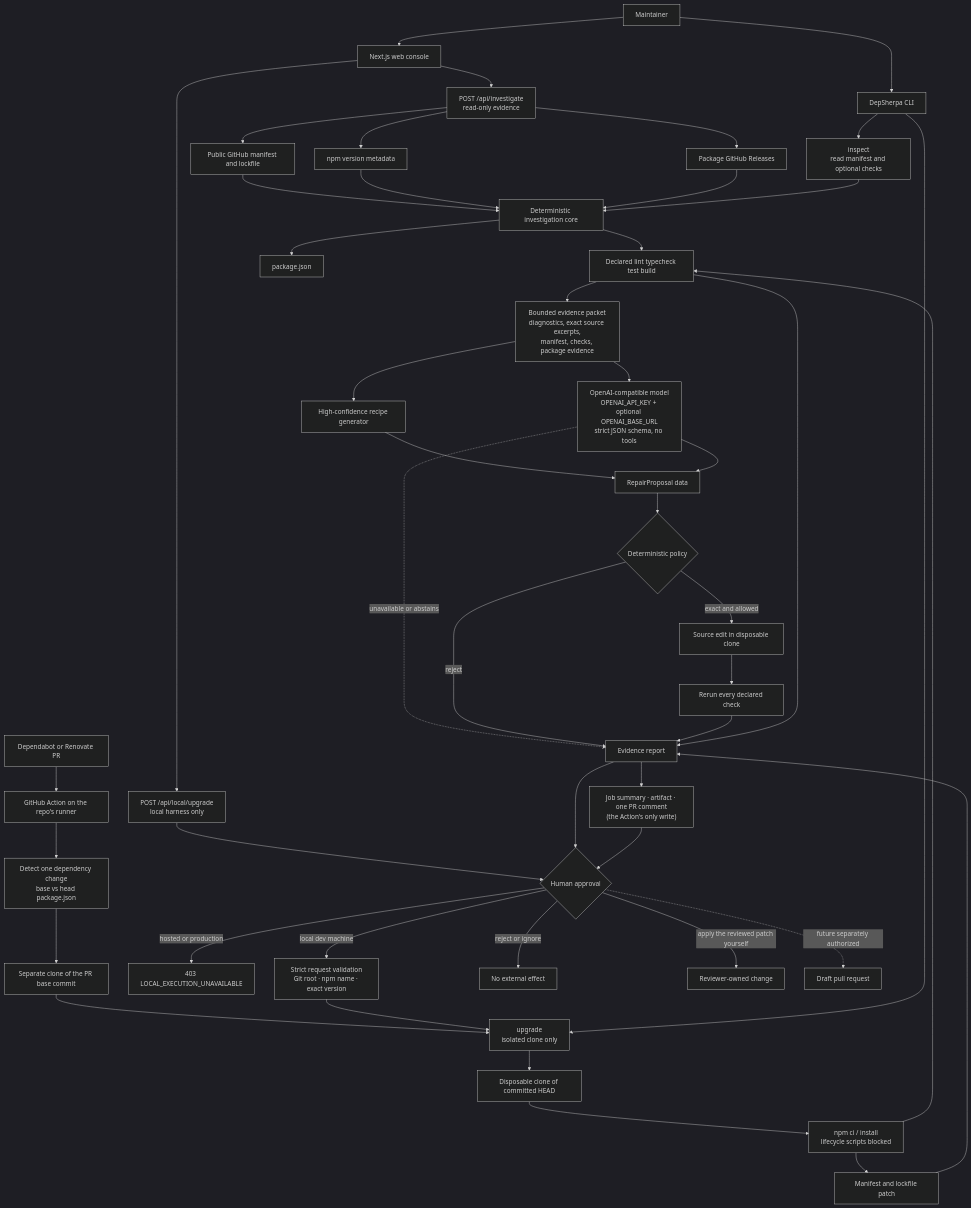
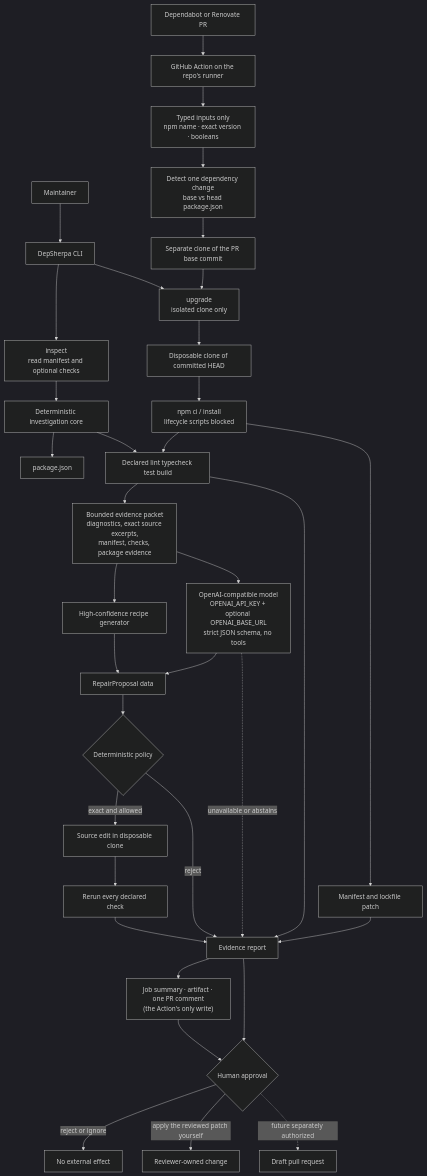
The diagram in docs/ARCHITECTURE.md (cfngc4594/dep-sherpa), drawn with Mermaid (dark theme) before and after one commit. The commit also changed other lines of this file and 58 other files, not shown here.

First line of the commit message:
refactor: keep only the GitHub Action and CLI

````diff
--- a/docs/ARCHITECTURE.md
+++ b/docs/ARCHITECTURE.md
@@ -15,54 +15,40 @@
 ```mermaid
 flowchart TB
-    U[Maintainer] --> UI[Next.js web console]
-    U --> CLI[DepSherpa CLI]
+    U[Maintainer] --> CLI[DepSherpa CLI]
     PRBOT[Dependabot or Renovate PR] --> ACTION[GitHub Action on the repo's runner]
-    ACTION --> DETECT["Detect one dependency change<br/>base vs head package.json"]
+    ACTION --> INPUTS["Typed inputs only<br/>npm name · exact version · booleans"]
+    INPUTS --> DETECT["Detect one dependency change<br/>base vs head package.json"]
     DETECT --> BASE[Separate clone of the PR base commit]
     BASE --> UPGRADE
-
-    UI --> API["POST /api/investigate<br/>read-only evidence"]
-    UI --> LOCALAPI["POST /api/local/upgrade<br/>local harness only"]
-    LOCALAPI --> GATE{Environment gate<br/>Node dev harness · loopback · same-origin}
-    GATE -->|hosted or production| REJECT[403 LOCAL_EXECUTION_UNAVAILABLE]
-    GATE -->|local dev machine| VALIDATE[Strict request validation<br/>Git root · npm name · exact version]
-    VALIDATE --> UPGRADE
-
-    API --> GH[Public GitHub manifest and lockfile]
-    API --> NPM[npm version metadata]
-    API --> REL[Package GitHub Releases]
-    GH --> CORE[Deterministic investigation core]
-    NPM --> CORE
-    REL --> CORE
 
     CLI --> INSPECT["inspect<br/>read manifest and optional checks"]
     CLI --> UPGRADE["upgrade<br/>isolated clone only"]
 
-    INSPECT --> CORE
+    INSPECT --> CORE[Deterministic investigation core]
 
     UPGRADE --> ISO[Disposable clone of committed HEAD]
     ISO --> NPMRUN["npm ci / install<br/>lifecycle scripts blocked"]
     NPMRUN --> CHECKS[Declared lint typecheck test build]
     NPMRUN --> PATCH[Manifest and lockfile patch]
     CHECKS --> CTX["Bounded evidence packet<br/>diagnostics, exact source excerpts,<br/>manifest, checks, package evidence"]
     CTX --> FAST[High-confidence recipe generator]
     CTX --> MODEL["OpenAI-compatible model<br/>OPENAI_API_KEY + optional OPENAI_BASE_URL<br/>strict JSON schema, no tools"]
     FAST --> PROPOSAL[RepairProposal data]
     MODEL --> PROPOSAL
     MODEL -.->|unavailable or abstains| REPORT
     PROPOSAL --> POLICY{Deterministic policy}
     POLICY -->|exact and allowed| REPAIR[Source edit in disposable clone]
     POLICY -->|reject| REPORT
     REPAIR --> VERIFY[Rerun every declared check]
     VERIFY --> REPORT
     PATCH --> REPORT
     CORE --> MANIFEST[package.json]
     CORE --> CHECKS
     CHECKS --> REPORT[Evidence report]
     REPORT --> COMMENT["Job summary · artifact · one PR comment<br/>(the Action's only write)"]
-    REPORT --> GATE{Human approval}
-    COMMENT --> GATE
-    GATE -->|reject or ignore| STOP[No external effect]
-    GATE -->|apply the reviewed patch yourself| LOCAL[Reviewer-owned change]
-    GATE -.->|future separately authorized| PR[Draft pull request]
+    REPORT --> HUMAN{Human approval}
+    COMMENT --> HUMAN
+    HUMAN -->|reject or ignore| STOP[No external effect]
+    HUMAN -->|apply the reviewed patch yourself| LOCAL[Reviewer-owned change]
+    HUMAN -.->|future separately authorized| PR[Draft pull request]
 ```
````
